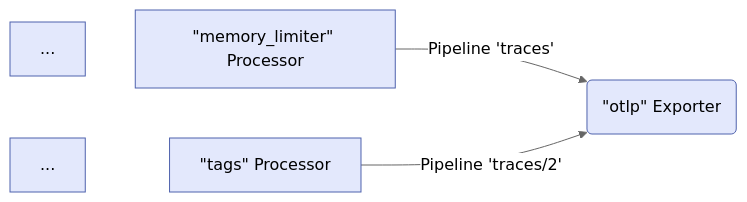
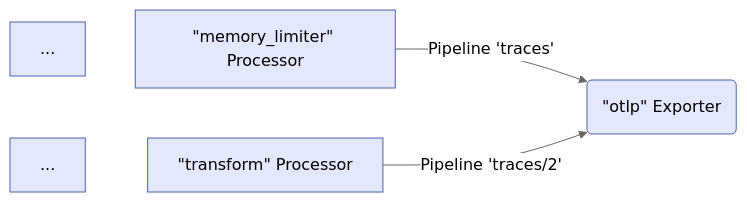
One commit to open-telemetry/opentelemetry.io changed the third of 7 diagrams in content/en/docs/collector/architecture.md. Above: the diagram before and after it, drawn with Mermaid (neutral theme). The commit also changed other lines of this file, not shown here.

Commit message:
Replace mentions of tags processor

````diff
--- a/content/en/docs/collector/architecture.md
+++ b/content/en/docs/collector/architecture.md
@@ -192,9 +192,9 @@
 ```mermaid
 flowchart LR
     M1[...] ~~~ P1["`#quot;memory_limiter#quot; Processor`"]
-    M2[...] ~~~ P2["`#quot;tags#quot; Processor`"]
+    M2[...] ~~~ P2["`#quot;transform#quot; Processor`"]
     P1 -->|Pipeline 'traces'|E1("`#quot;otlp#quot; Exporter`")
     P2 -->|Pipeline 'traces/2'|E1("`#quot;otlp#quot; Exporter`")
 
     classDef default fill:#e3e8fc,stroke:#4f62ad;
 ```
````
